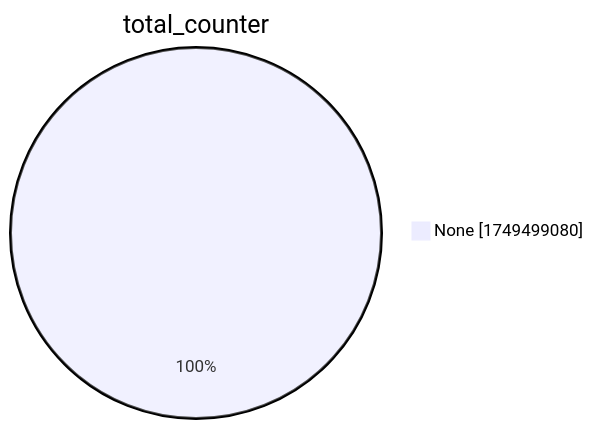
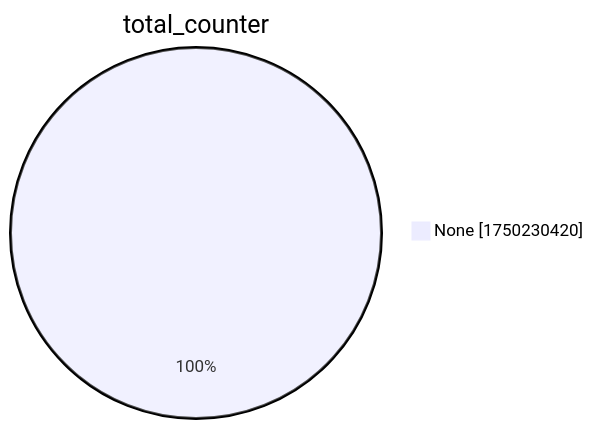
One commit to christiankrug/ctmonitor_visualization changed the second of 15 diagrams in xenon2022/README.md. Above: the diagram before and after it, drawn with Mermaid. The commit also changed other lines of this file, not shown here.

````diff
--- a/xenon2022/README.md
+++ b/xenon2022/README.md
@@ -9,5 +9,5 @@
 ```mermaid
 pie showData
 title total_counter
-"None" :1749499080
+"None" :1750230420
 ```
````
